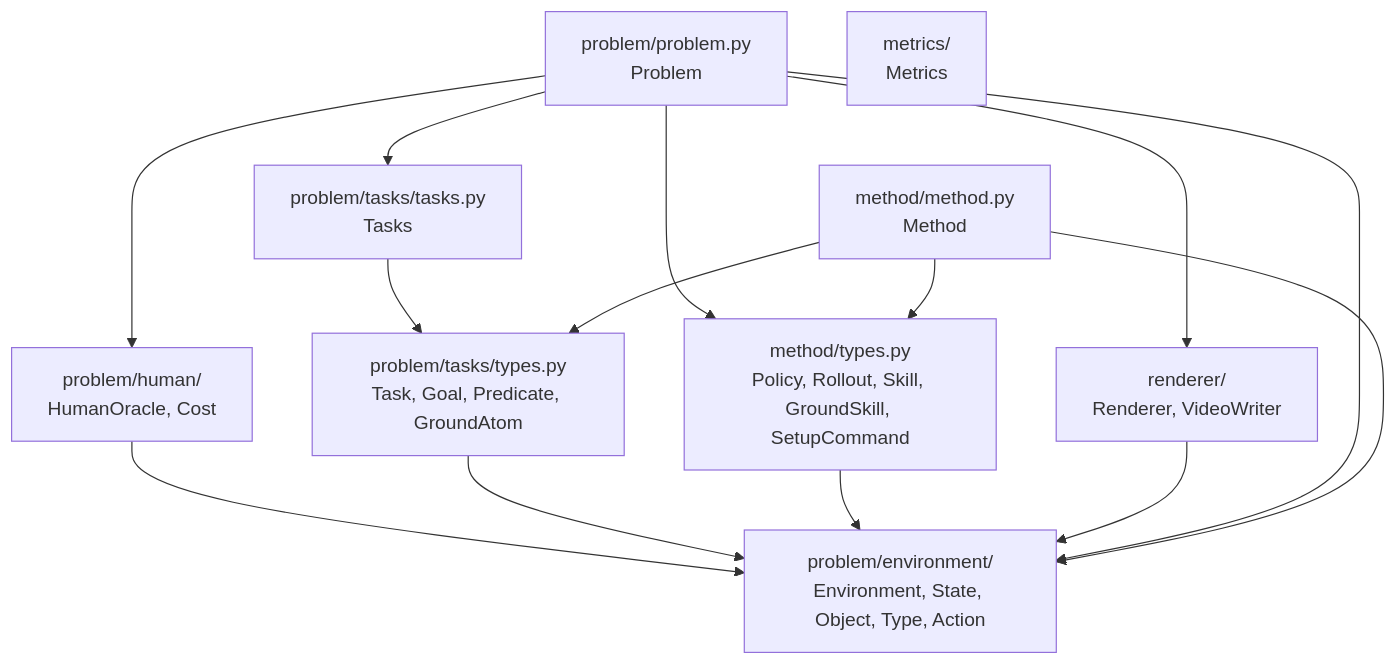
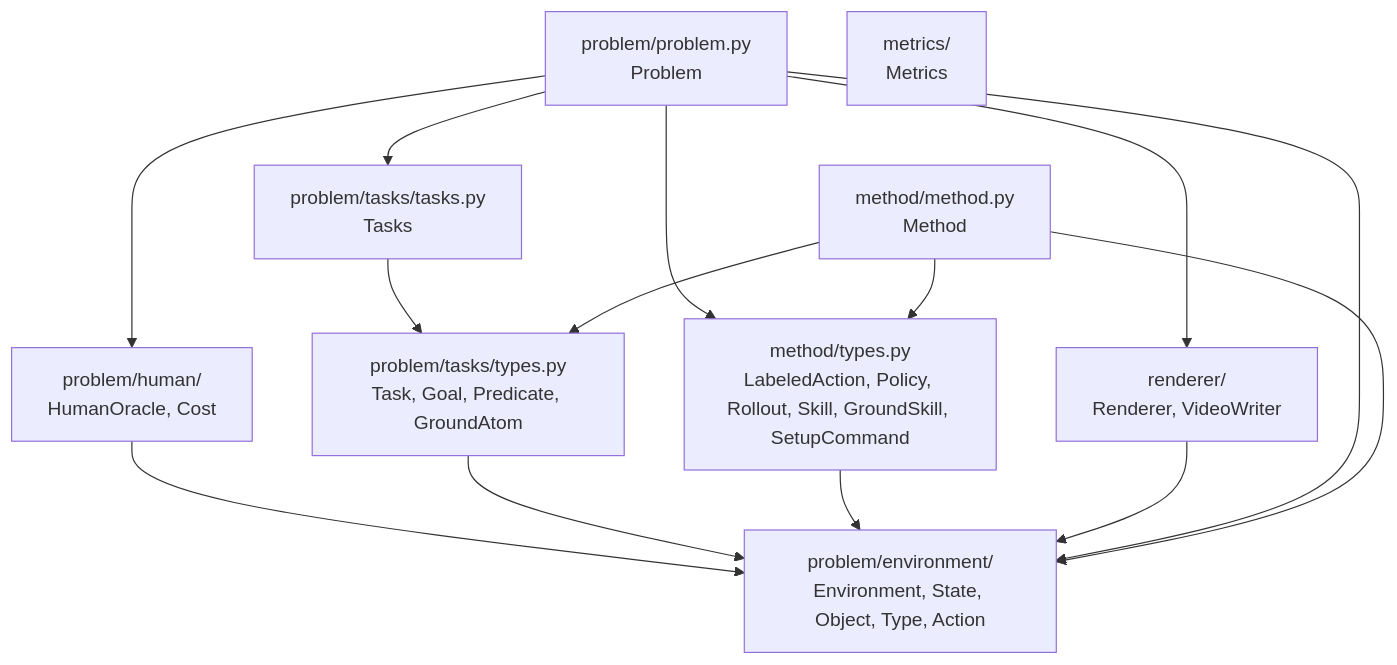
The second of 2 diagrams in src/hitl_pmp/core/README.md (joshnroy/human-in-the-loop-practice-makes-perfect), drawn with Mermaid before and after one commit. The commit also changed other lines of this file and 20 other files, not shown here.

First line of the commit message:
Split the oracle into action-oracle/skill-oracle, overlay skill/action on video

````diff
--- a/src/hitl_pmp/core/README.md
+++ b/src/hitl_pmp/core/README.md
@@ -307,26 +320,26 @@
 ```mermaid
 graph TD
     env["problem/environment/<br/>Environment, State, Object, Type, Action"]
     ho["problem/human/<br/>HumanOracle, Cost"]
     tasktypes["problem/tasks/types.py<br/>Task, Goal, Predicate, GroundAtom"]
     tasks["problem/tasks/tasks.py<br/>Tasks"]
-    mtypes["method/types.py<br/>Policy, Rollout, Skill, GroundSkill, SetupCommand"]
+    mtypes["method/types.py<br/>LabeledAction, Policy, Rollout, Skill, GroundSkill, SetupCommand"]
     renderer["renderer/<br/>Renderer, VideoWriter"]
     problem["problem/problem.py<br/>Problem"]
     method["method/method.py<br/>Method"]
     metrics["metrics/<br/>Metrics"]
 
     ho --> env
     tasktypes --> env
     tasks --> tasktypes
     mtypes --> env
     renderer --> env
     problem --> env
     problem --> ho
     problem --> tasks
     problem --> mtypes
     problem --> renderer
     method --> env
     method --> mtypes
     method --> tasktypes
 ```
````
